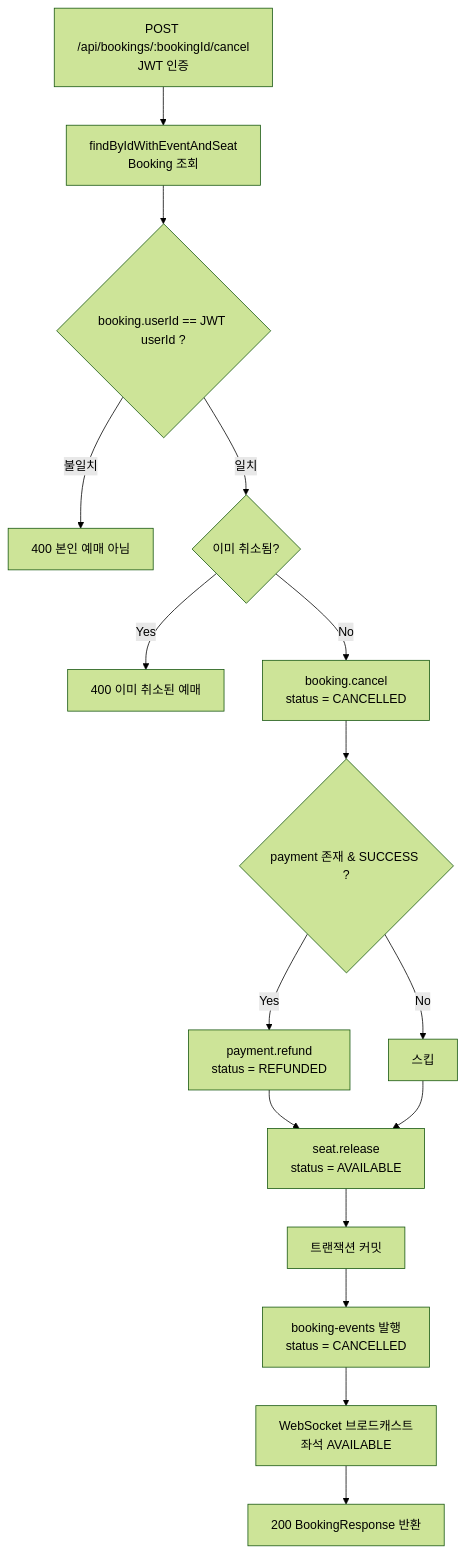
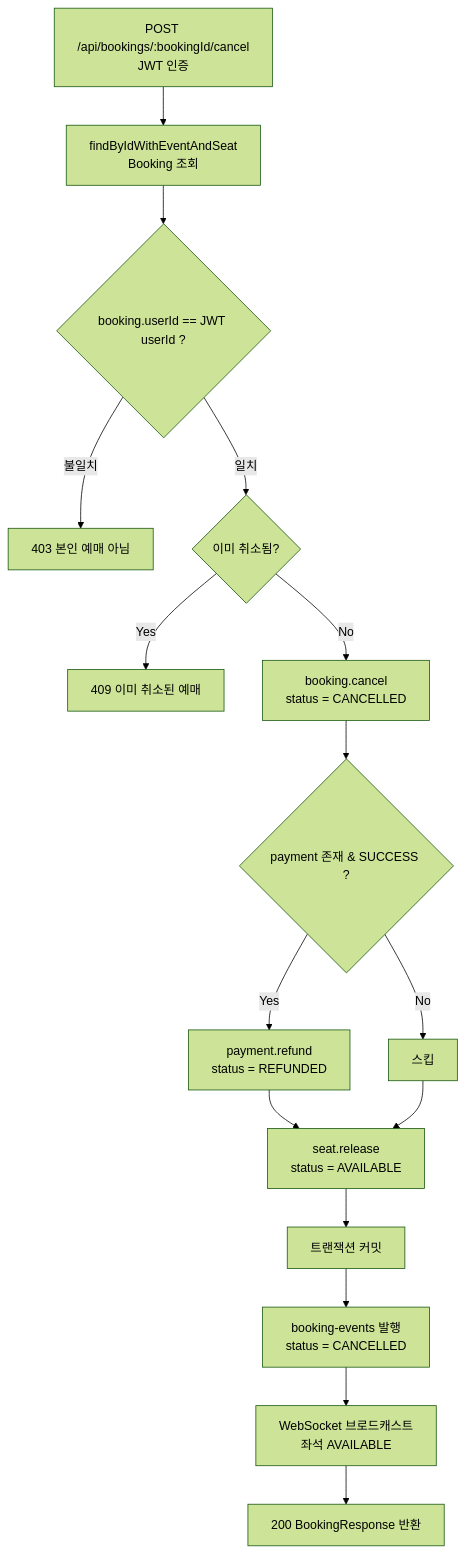
One commit to mercedes6115/ticketing-vibe changed the fourth of 5 diagrams in docs/service-flow.md. Above: the diagram before and after it, drawn with Mermaid (forest theme). The commit also changed other lines of this file and 6 other files, not shown here.

````diff
--- a/docs/service-flow.md
+++ b/docs/service-flow.md
@@ -126,18 +126,18 @@
 ```mermaid
 flowchart TD
     A["POST /api/bookings/:bookingId/cancel<br/>JWT 인증"] --> B["findByIdWithEventAndSeat<br/>Booking 조회"]
     B --> C{"booking.userId == JWT userId ?"}
-    C -->|불일치| D["400 본인 예매 아님"]
+    C -->|불일치| D["403 본인 예매 아님"]
     C -->|일치| E{"이미 취소됨?"}
-    E -->|Yes| F["400 이미 취소된 예매"]
+    E -->|Yes| F["409 이미 취소된 예매"]
     E -->|No| G["booking.cancel<br/>status = CANCELLED"]
     G --> H{"payment 존재 & SUCCESS ?"}
     H -->|Yes| I["payment.refund<br/>status = REFUNDED"]
     H -->|No| J["스킵"]
     I --> K["seat.release<br/>status = AVAILABLE"]
     J --> K
     K --> L["트랜잭션 커밋"]
     L --> M["booking-events 발행<br/>status = CANCELLED"]
     M --> N["WebSocket 브로드캐스트<br/>좌석 AVAILABLE"]
     N --> O["200 BookingResponse 반환"]
 ```
````
